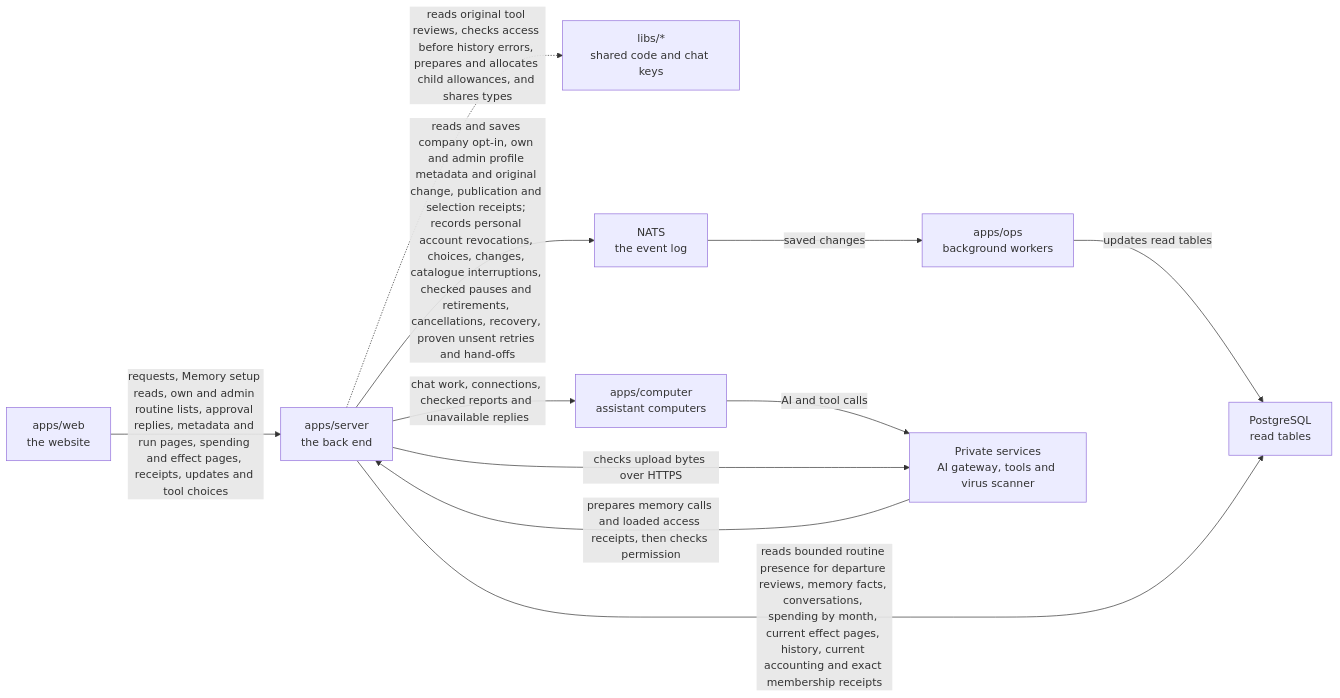
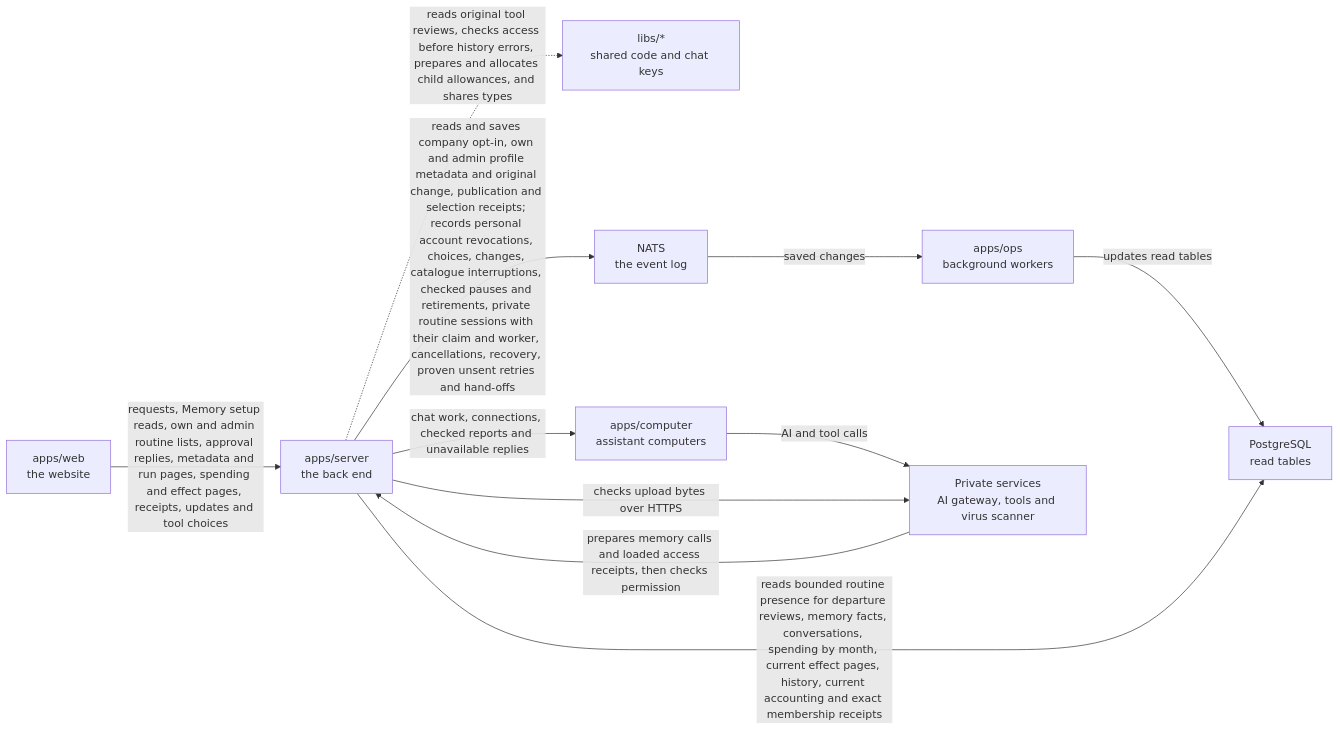
One commit to elewa-git/opencrane-new changed the diagram in apps/server/README.md. Above: the diagram before and after it, drawn with Mermaid. The commit also changed other lines of this file and 16 other files, not shown here.

First line of the commit message:
🔒 A claimed routine occurrence gets one private session that only the worker path can create, and public chats cannot take its place (#735)

````diff
--- a/apps/server/README.md
+++ b/apps/server/README.md
@@ -82,13 +82,13 @@
 ```mermaid
 flowchart LR
   web["apps/web<br/>the website"] -->|requests, Memory setup reads, own and admin routine lists, approval replies, metadata and run pages, spending and effect pages, receipts, updates and tool choices| server["apps/server<br/>the back end"]
   server -.->|reads original tool reviews, checks access before history errors, prepares and allocates child allowances, and shares types| libs["libs/*<br/>shared code and chat keys"]
-  server -->|reads and saves company opt-in, own and admin profile metadata and original change, publication and selection receipts; records personal account revocations, choices, changes, catalogue interruptions, checked pauses and retirements, cancellations, recovery, proven unsent retries and hand-offs| nats["NATS<br/>the event log"]
+  server -->|reads and saves company opt-in, own and admin profile metadata and original change, publication and selection receipts; records personal account revocations, choices, changes, catalogue interruptions, checked pauses and retirements, private routine sessions with their claim and worker, cancellations, recovery, proven unsent retries and hand-offs| nats["NATS<br/>the event log"]
   nats -->|saved changes| ops["apps/ops<br/>background workers"]
   ops -->|updates read tables| postgres["PostgreSQL<br/>read tables"]
   server -->|reads bounded routine presence for departure reviews, memory facts, conversations, spending by month, current effect pages, history, current accounting and exact membership receipts| postgres
   server -->|chat work, connections, checked reports and unavailable replies| computer["apps/computer<br/>assistant computers"]
   computer -->|AI and tool calls| runtime["Private services<br/>AI gateway, tools and virus scanner"]
   server -->|checks upload bytes over HTTPS| runtime
   runtime -->|prepares memory calls and loaded access receipts, then checks permission| server
 ```
````
